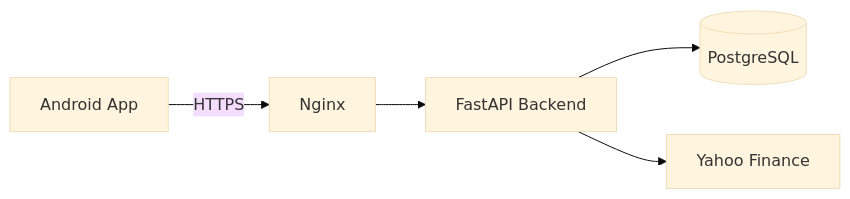
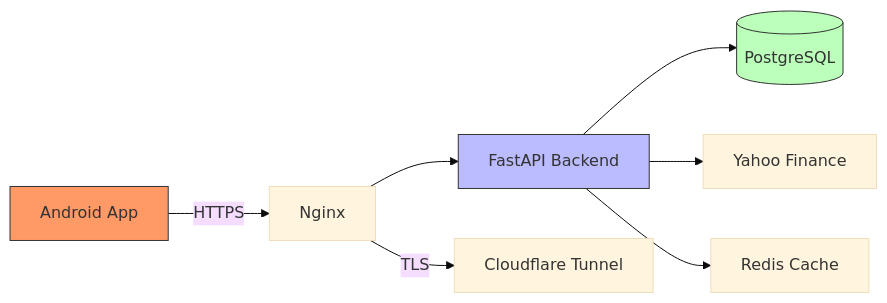
One commit to sebian-lab/sebian-lab.github.io changed the diagram in content/_index.md. Above: the diagram before and after it, drawn with Mermaid (base theme). The commit also changed other lines of this file and 86 other files, not shown here.

Commit message:
feat: Finalise portfolio with extracted images, dashboard, and full site architecture

```diff
--- a/content/_index.md
+++ b/content/_index.md
@@ -11,7 +11,12 @@
 {{< mermaid >}}
 graph LR
     A[Android App] -- HTTPS --> B[Nginx]
     B --> C[FastAPI Backend]
     C --> D[(PostgreSQL)]
     C --> E[Yahoo Finance]
+    C --> F[Redis Cache]
+    B -- TLS --> G[Cloudflare Tunnel]
+    style A fill:#f96,stroke:#333
+    style C fill:#bbf,stroke:#333
+    style D fill:#bfb,stroke:#333
 {{< /mermaid >}}
```
